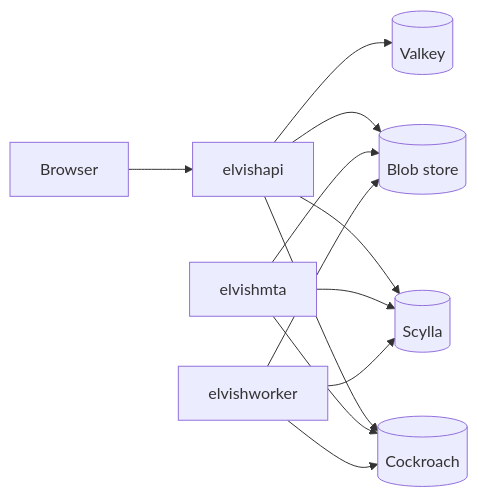
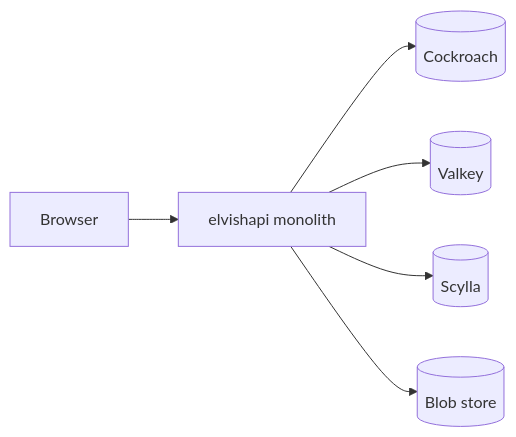
Before and after one commit to Thravok/elvish-email: the diagram in docs/architecture.md, drawn with Mermaid. The commit also changed other lines of this file and 13 other files, not shown here.

````diff
--- a/docs/architecture.md
+++ b/docs/architecture.md
@@ -16,18 +16,10 @@
 ```mermaid
 flowchart LR
   Browser[Browser]
-  API[elvishapi]
-  MTA[elvishmta]
-  Worker[elvishworker]
+  API[elvishapi monolith]
   Browser --> API
   API --> CRDB[(Cockroach)]
   API --> Valkey[(Valkey)]
   API --> Scylla[(Scylla)]
   API --> S3[(Blob store)]
-  MTA --> CRDB
-  MTA --> Scylla
-  MTA --> S3
-  Worker --> CRDB
-  Worker --> Scylla
-  Worker --> S3
 ```
````
